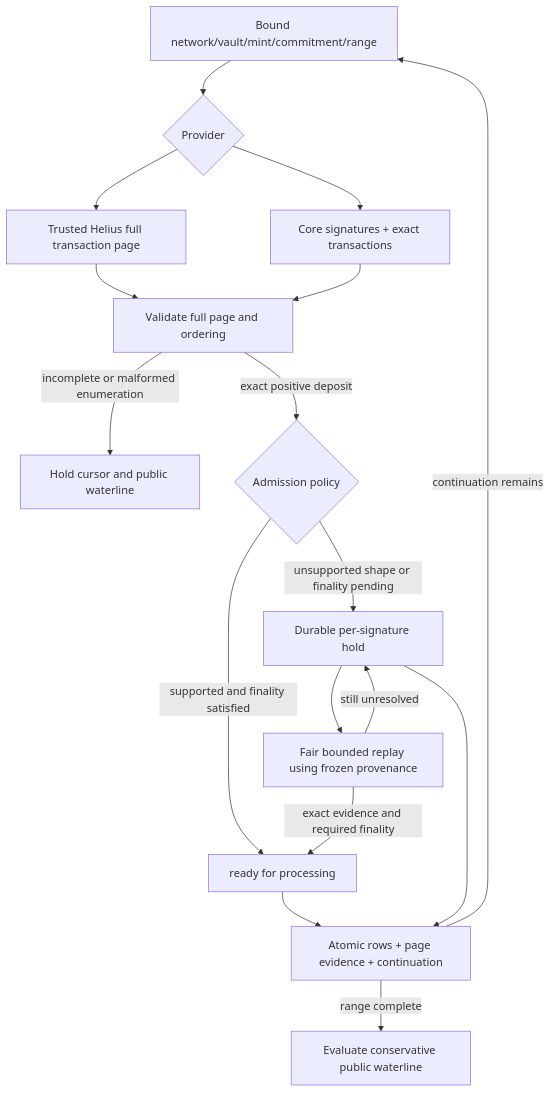
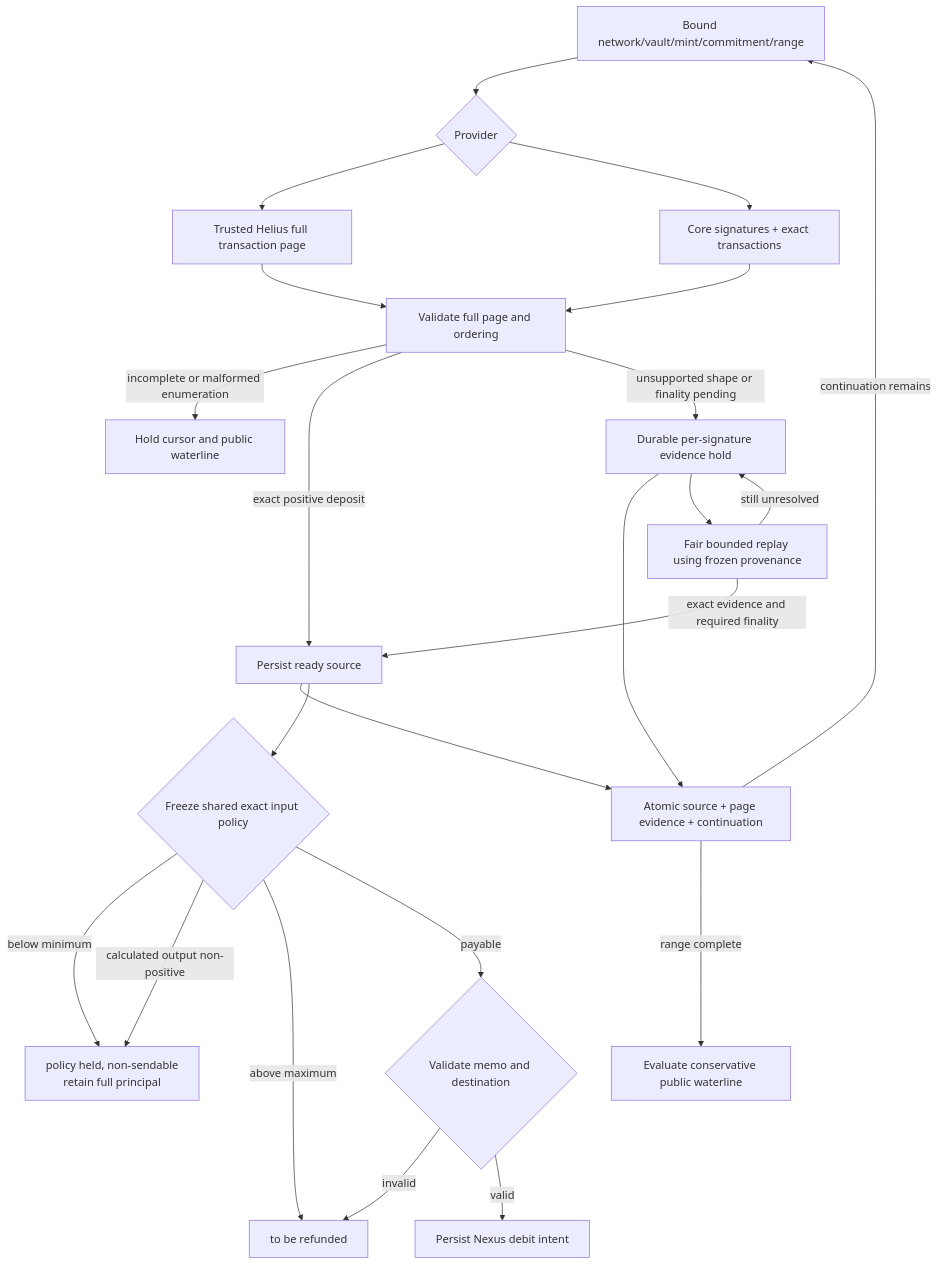
Before and after one commit to distordialabs-brutus/swapService: the first of 3 diagrams in docs/STATE_MACHINES.md, drawn with Mermaid. The commit also changed other lines of this file and 26 other files, not shown here.

Commit message:
chore: update swapService with recovery and deposit policy changes

````diff
--- a/docs/STATE_MACHINES.md
+++ b/docs/STATE_MACHINES.md
@@ -25,19 +30,25 @@
 ```mermaid
 flowchart TD
     Query[Bound network/vault/mint/commitment/range] --> Provider{Provider}
     Provider --> Helius[Trusted Helius full transaction page]
     Provider --> Core[Core signatures + exact transactions]
     Helius --> Validate[Validate full page and ordering]
     Core --> Validate
     Validate -->|incomplete or malformed enumeration| Stop[Hold cursor and public waterline]
-    Validate -->|exact positive deposit| Policy{Admission policy}
-    Policy -->|supported and finality satisfied| Queue[ready for processing]
-    Policy -->|unsupported shape or finality pending| Hold[Durable per-signature hold]
-    Queue --> Commit[Atomic rows + page evidence + continuation]
+    Validate -->|exact positive deposit| Queue[Persist ready source]
+    Validate -->|unsupported shape or finality pending| Hold[Durable per-signature evidence hold]
+    Queue --> Commit[Atomic source + page evidence + continuation]
     Hold --> Commit
     Commit -->|continuation remains| Query
     Commit -->|range complete| Checkpoint[Evaluate conservative public waterline]
     Hold --> Replay[Fair bounded replay using frozen provenance]
     Replay -->|exact evidence and required finality| Queue
     Replay -->|still unresolved| Hold
+    Queue --> Policy{Freeze shared exact input policy}
+    Policy -->|below minimum| PolicyHold[policy held, non-sendable<br/>retain full principal]
+    Policy -->|calculated output non-positive| PolicyHold
+    Policy -->|above maximum| Refund[to be refunded]
+    Policy -->|payable| Destination{Validate memo and destination}
+    Destination -->|invalid| Refund
+    Destination -->|valid| Debit[Persist Nexus debit intent]
 ```
````
